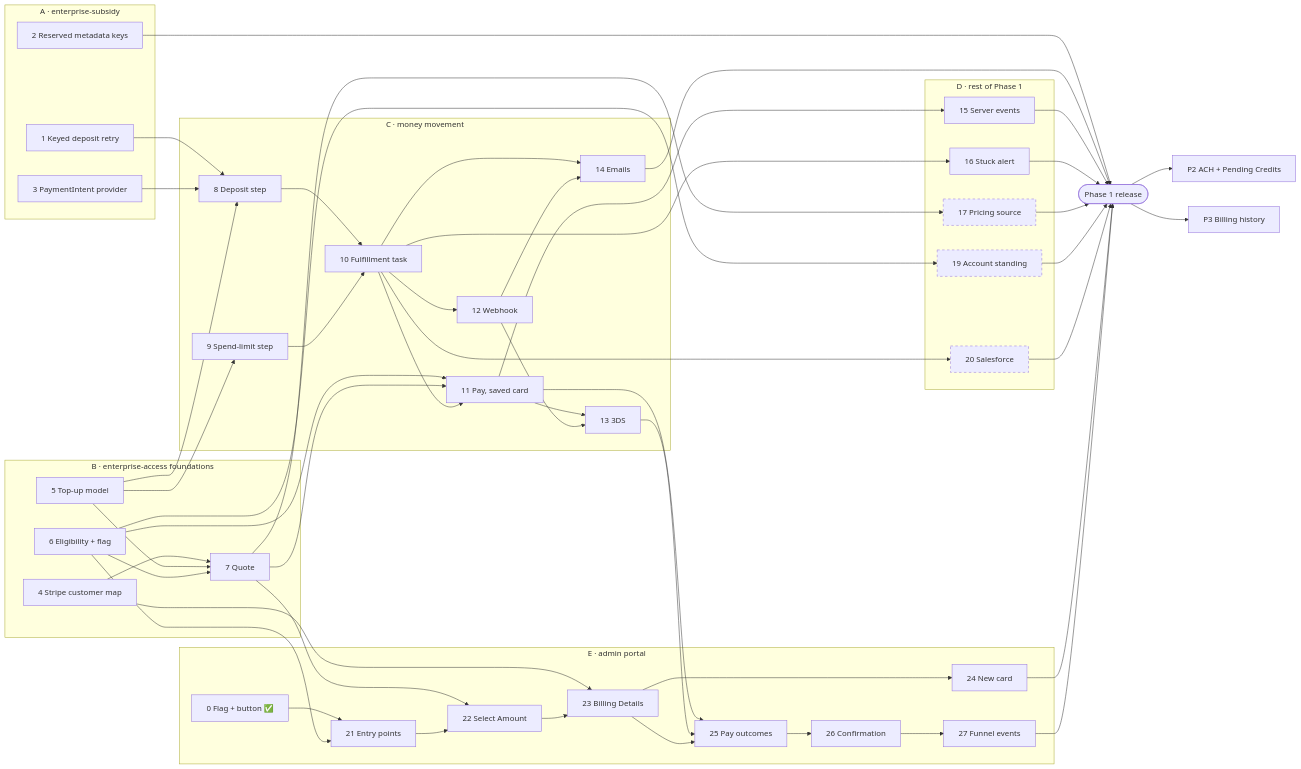
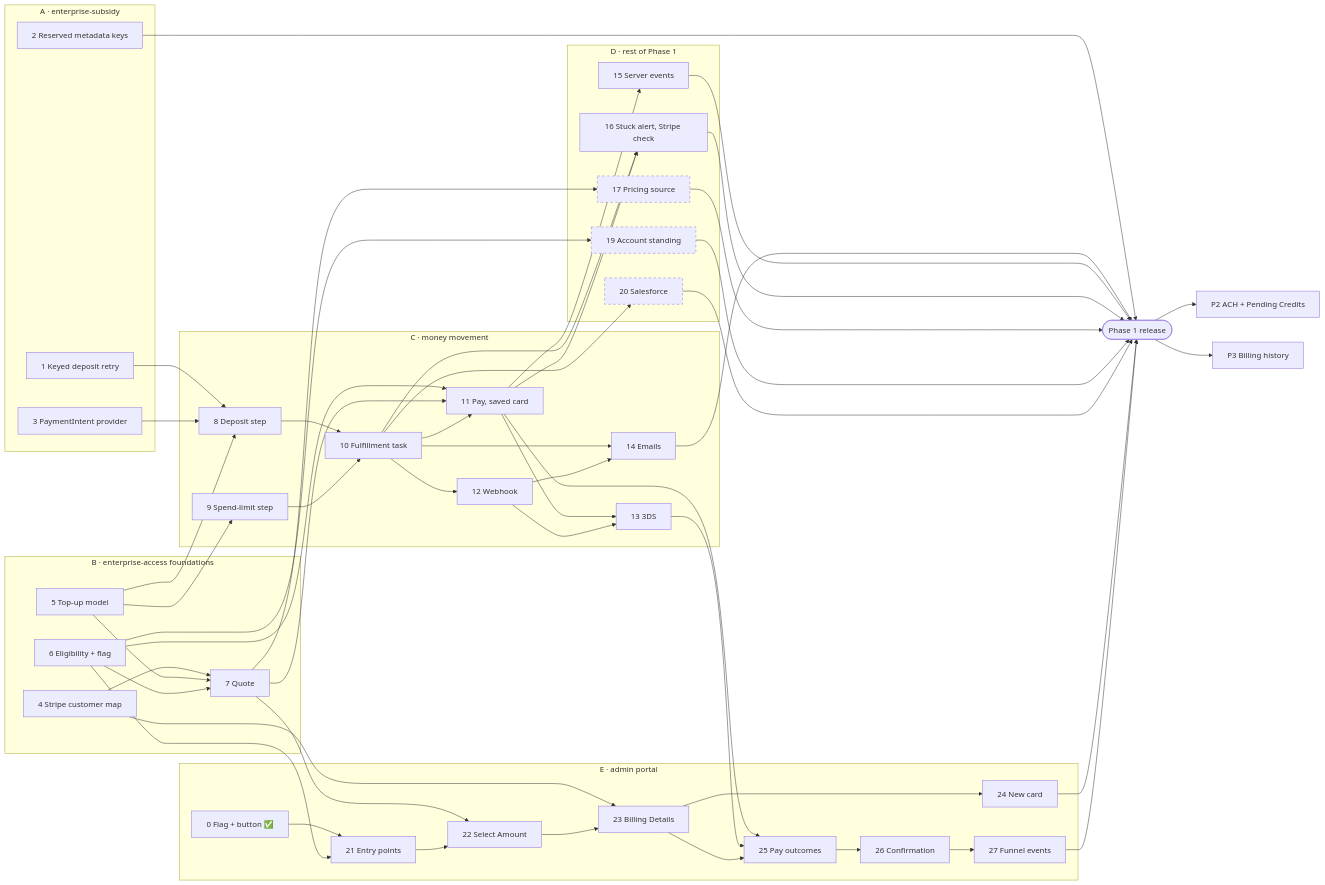
Before and after one commit to edx/enterprise-access: the third of 3 diagrams in docs/plans/impl-plan.md, drawn with Mermaid. The commit also changed other lines of this file and 1 other file, not shown here.

```diff
--- a/docs/plans/impl-plan.md
+++ b/docs/plans/impl-plan.md
@@ -792,7 +807,7 @@
     end
     subgraph D[D · rest of Phase 1]
         C15[15 Server events]
-        C16[16 Stuck alert]
+        C16[16 Stuck alert, Stripe check]
         C17[17 Pricing source]
         C19[19 Account standing]
         C20[20 Salesforce]
@@ -827,6 +842,7 @@
     C12 --> C14
     C11 --> C15
     C10 --> C16
+    C11 --> C16
     C7 --> C17
     C6 --> C19
     C10 --> C20
```
